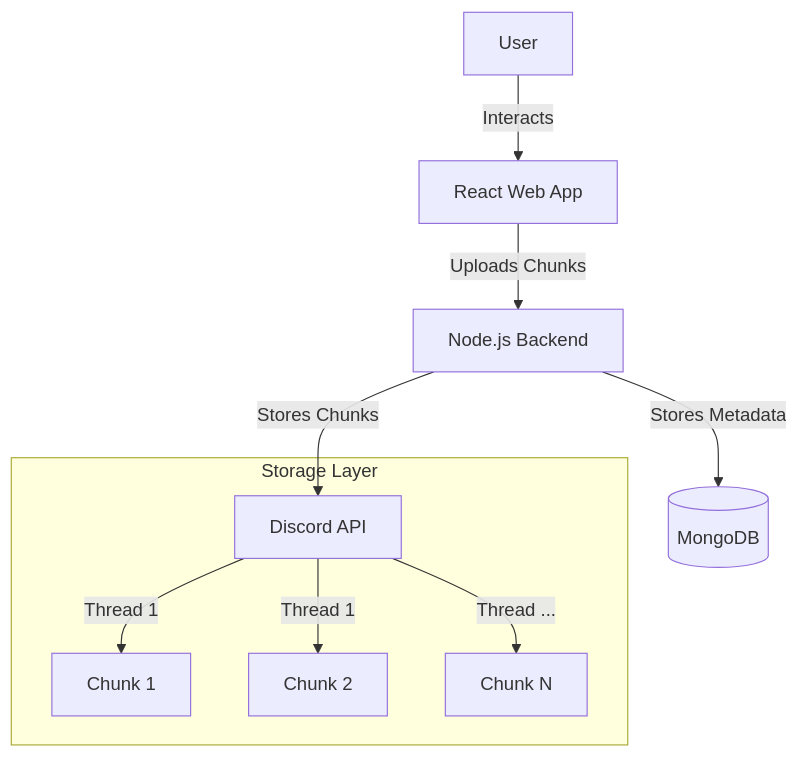
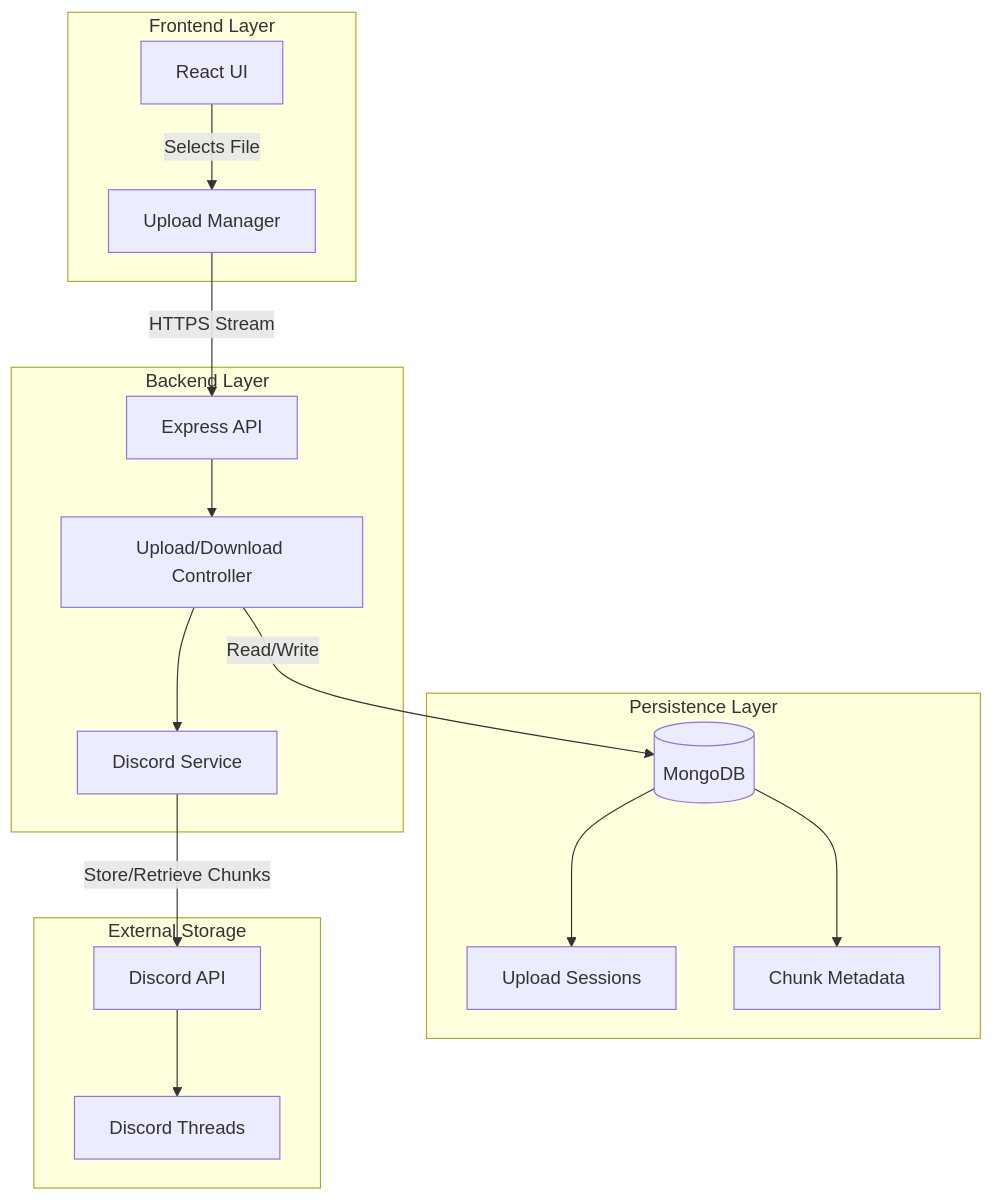
Before and after one commit to ManemDhanush/discord-storage-system: the first of 2 diagrams in README.md, drawn with Mermaid. The commit also changed other lines of this file, not shown here.

Commit message:
docs: update architecture diagram and add download process sequence diagram

````diff
--- a/README.md
+++ b/README.md
@@ -18,13 +18,34 @@
 ```mermaid
 graph TD
-    User[User] -->|Interacts| Client[React Web App]
-    Client -->|Uploads Chunks| API[Node.js Backend]
-    API -->|Stores Metadata| DB[(MongoDB)]
-    API -->|Stores Chunks| Discord[Discord API]
-    
-    subgraph StorageLayer [Storage Layer]
-        Discord -->|Thread 1| Chunk1[Chunk 1]
-        Discord -->|Thread 1| Chunk2[Chunk 2]
-        Discord -->|Thread ...| ChunkN[Chunk N]
+    subgraph Client [Frontend Layer]
+        UI[React UI]
+        UploadMgr[Upload Manager]
+        UI -->|Selects File| UploadMgr
     end
+
+    subgraph Server [Backend Layer]
+        API[Express API]
+        Controller[Upload/Download Controller]
+        Service[Discord Service]
+        API --> Controller
+        Controller --> Service
+    end
+
+    subgraph Database [Persistence Layer]
+        Mongo[(MongoDB)]
+        Session[Upload Sessions]
+        ChunkMeta[Chunk Metadata]
+        Mongo --> Session
+        Mongo --> ChunkMeta
+    end
+
+    subgraph Storage [External Storage]
+        Discord[Discord API]
+        Thread[Discord Threads]
+        Discord --> Thread
+    end
+
+    UploadMgr -->|HTTPS Stream| API
+    Controller -->|Read/Write| Mongo
+    Service -->|Store/Retrieve Chunks| Discord
 ```
````
